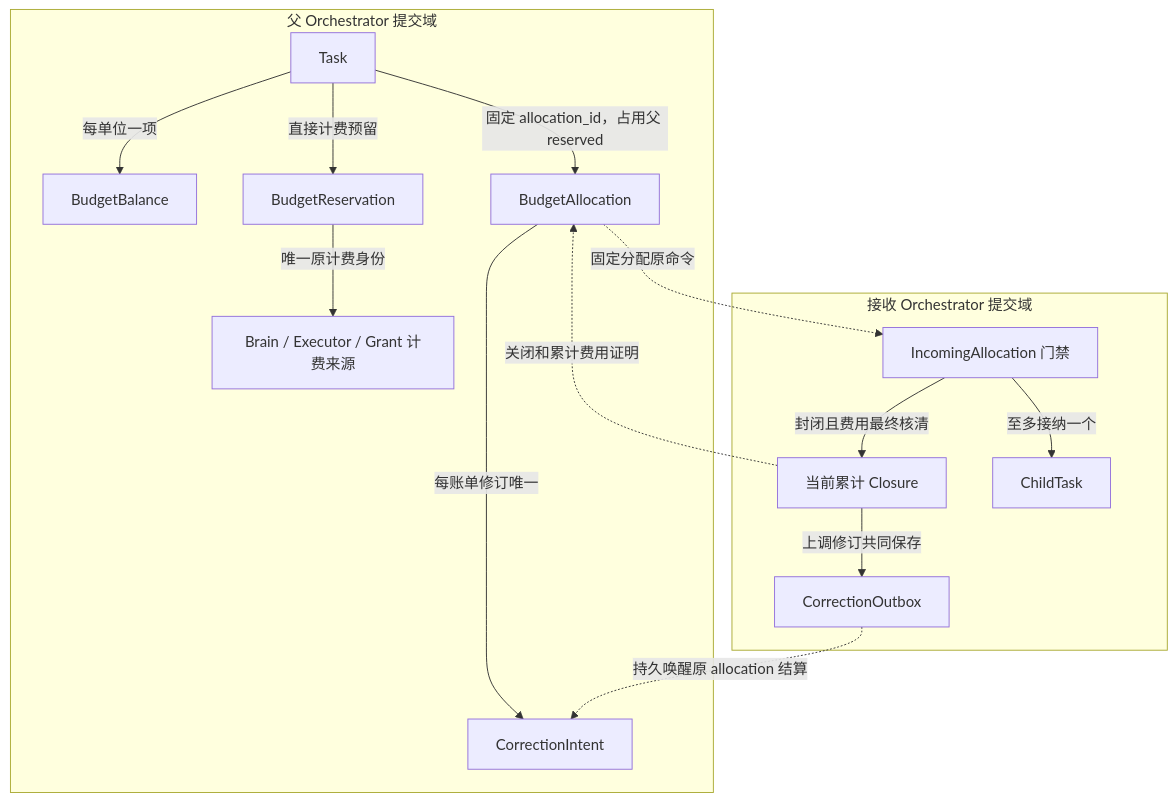
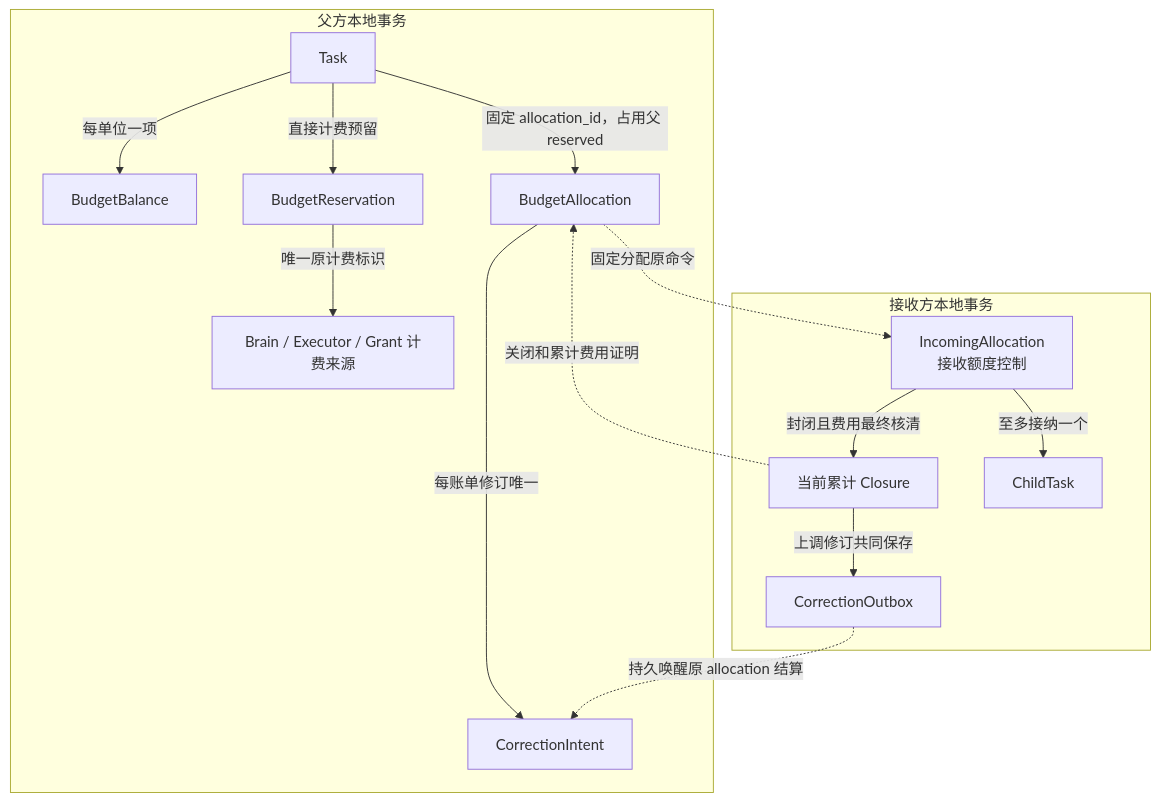
Before and after one commit to ruipengliu/lerna: the third of 4 diagrams in docs/architecture/orchestrator/implementation.md, drawn with Mermaid. The commit also changed other lines of this file and 205 other files, not shown here.

Commit message:
docs: unify architecture terminology

````diff
--- a/docs/architecture/orchestrator/implementation.md
+++ b/docs/architecture/orchestrator/implementation.md
@@ -181,18 +181,18 @@
 ```mermaid
 flowchart TB
-    subgraph P[父 Orchestrator 提交域]
+    subgraph P[父方本地事务]
       T[Task] -->|每单位一项| B[BudgetBalance]
       T -->|直接计费预留| R[BudgetReservation]
-      R -->|唯一原计费身份| S[Brain / Executor / Grant 计费来源]
+      R -->|唯一原计费标识| S[Brain / Executor / Grant 计费来源]
       T -->|固定 allocation_id，占用父 reserved| A[BudgetAllocation]
       A -->|每账单修订唯一| I[CorrectionIntent]
     end
-    subgraph C[接收 Orchestrator 提交域]
-      G[IncomingAllocation 门禁] -->|封闭且费用最终核清| CL[当前累计 Closure]
+    subgraph C[接收方本地事务]
+      G["IncomingAllocation<br/>接收额度控制"] -->|封闭且费用最终核清| CL[当前累计 Closure]
       G -->|至多接纳一个| CT[ChildTask]
       CL -->|上调修订共同保存| O[CorrectionOutbox]
     end
     A -.固定分配原命令.-> G
     CL -.关闭和累计费用证明.-> A
     O -.持久唤醒原 allocation 结算.-> I
 ```
````
